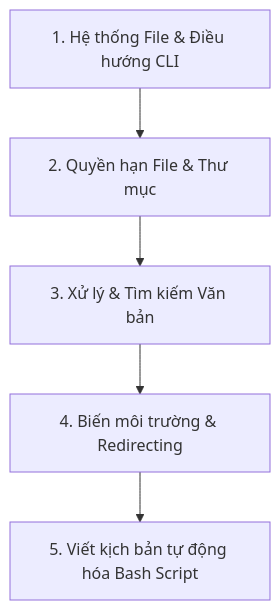
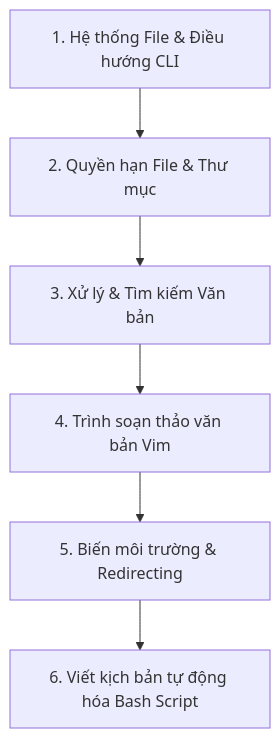
One commit to duc-dn/de-internship-curriculum changed the diagram in 00_linux/roadmap.md. Above: the diagram before and after it, drawn with Mermaid. The commit also changed other lines of this file and 1 other file, not shown here.

Commit message:
feat: integrate Vim text editing exercises and syllabus to Linux phase

````diff
--- a/00_linux/roadmap.md
+++ b/00_linux/roadmap.md
@@ -9,7 +9,8 @@
 ```mermaid
 graph TD
     A[1. Hệ thống File & Điều hướng CLI] --> B[2. Quyền hạn File & Thư mục]
     B --> C[3. Xử lý & Tìm kiếm Văn bản]
-    C --> D[4. Biến môi trường & Redirecting]
-    D --> E[5. Viết kịch bản tự động hóa Bash Script]
+    C --> D[4. Trình soạn thảo văn bản Vim]
+    D --> E[5. Biến môi trường & Redirecting]
+    E --> F[6. Viết kịch bản tự động hóa Bash Script]
 ```
````
